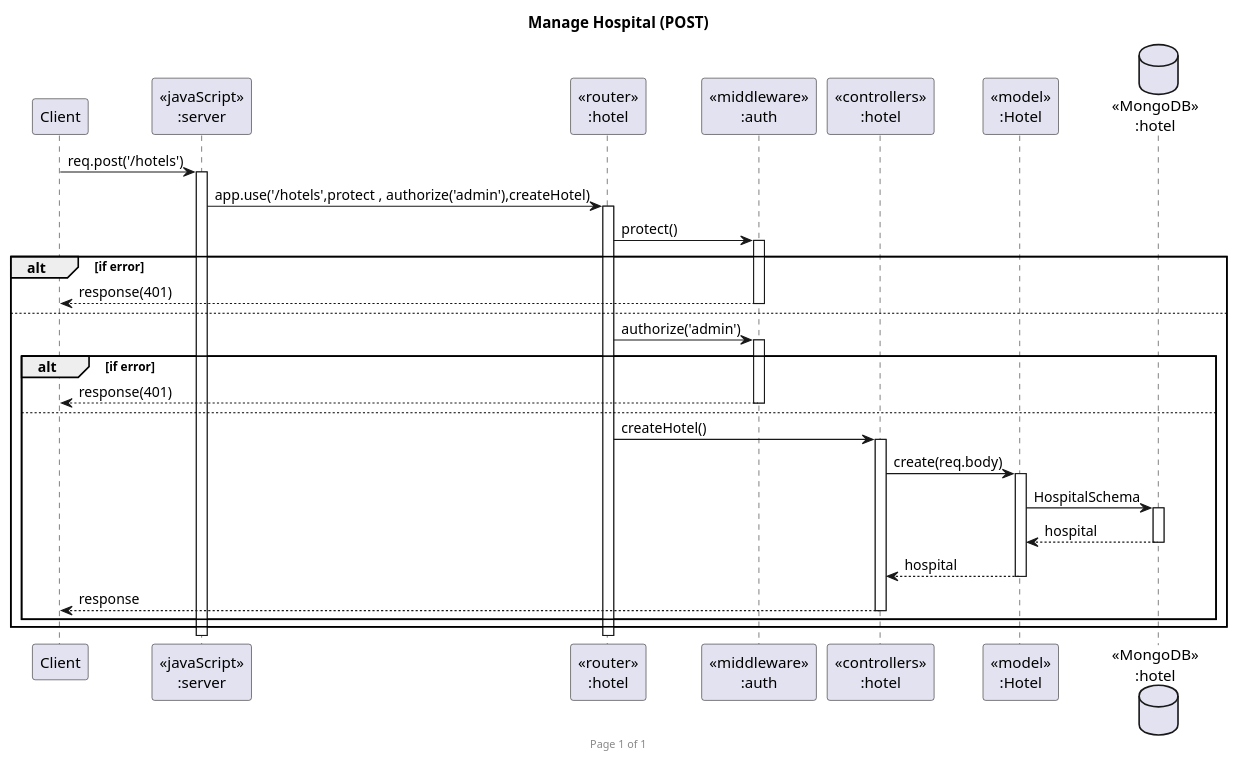
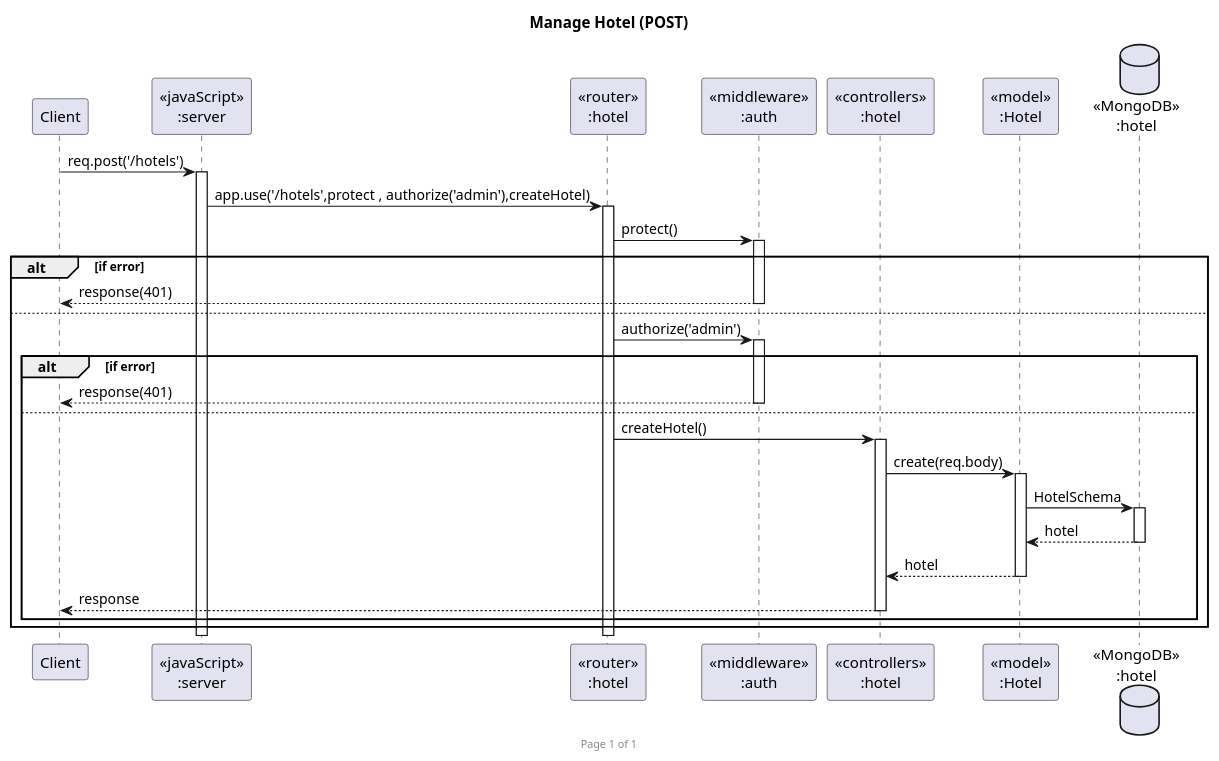
One commit to neroswords/Sw-Dev-Practice-Final-Project changed the diagram in sequence_diagram/hotel/POST_Hotel_Sequence.puml. Above: the diagram before and after it, drawn with PlantUML. The commit also changed 2 other files, not shown here.

Commit message:
fix sequence

```diff
--- a/sequence_diagram/hotel/POST_Hotel_Sequence.puml
+++ b/sequence_diagram/hotel/POST_Hotel_Sequence.puml
@@ -1,32 +1,32 @@
-@startuml Manage Hospital (POST)
+@startuml Manage Hotel (POST)
 
 footer Page %page% of %lastpage%
-title "Manage Hospital (POST)"
+title "Manage Hotel (POST)"
 
 participant "Client" as client
 participant "<<javaScript>>\n:server" as server
 participant "<<router>>\n:hotel" as HotelRouter
 participant "<<middleware>>\n:auth" as Middleware
 participant "<<controllers>>\n:hotel" as HotelController
 participant "<<model>>\n:Hotel" as HotelModel
 database "<<MongoDB>>\n:hotel" as HotelDatabase
 
 client->server ++:req.post('/hotels')
 server->HotelRouter ++:app.use('/hotels',protect , authorize('admin'),createHotel)
 HotelRouter->Middleware ++: protect()
 alt if error
 Middleware-->client --:response(401)
 else
 HotelRouter->Middleware ++: authorize('admin')
 alt if error
 Middleware-->client --:response(401)
 else
 HotelRouter -> HotelController ++:createHotel()
 HotelController->HotelModel ++:create(req.body)
-HotelModel ->HotelDatabase ++: HospitalSchema
-HotelDatabase --> HotelModel --: hospital
-HotelController <-- HotelModel --:hospital
+HotelModel ->HotelDatabase ++: HotelSchema
+HotelDatabase --> HotelModel --: hotel
+HotelController <-- HotelModel --:hotel
 HotelController-->client --:response
 end
 end
 @enduml
```
